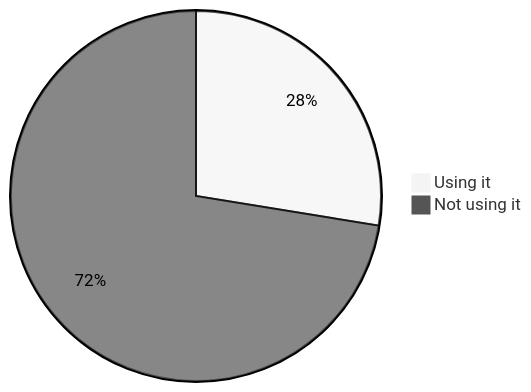
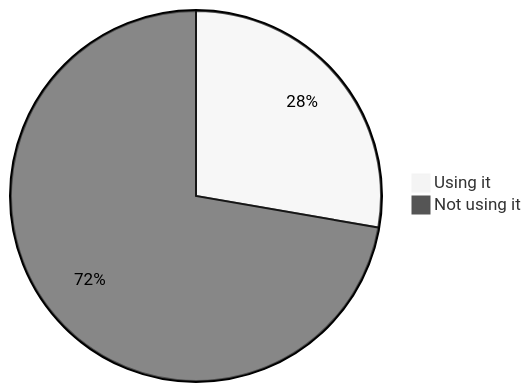
Diagram 15 of 22 in stats.md (oshp/oshp-stats), drawn with Mermaid (neutral theme) before and after one commit. The commit also changed other lines of this file, not shown here.

````diff
--- a/stats.md
+++ b/stats.md
@@ -178,6 +178,6 @@
 ```mermaid
 pie
-	"Using it" : 27.56
-	"Not using it" : 72.44
+	"Using it" : 27.73
+	"Not using it" : 72.27
 
 ```
````
